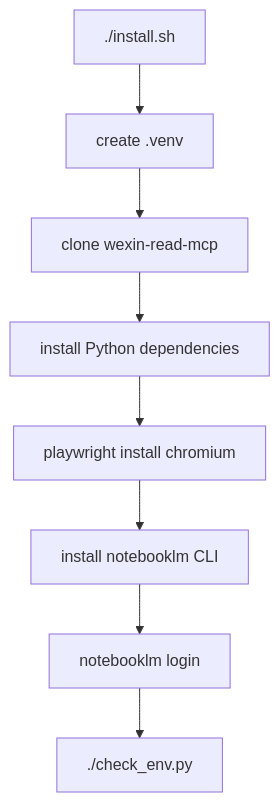
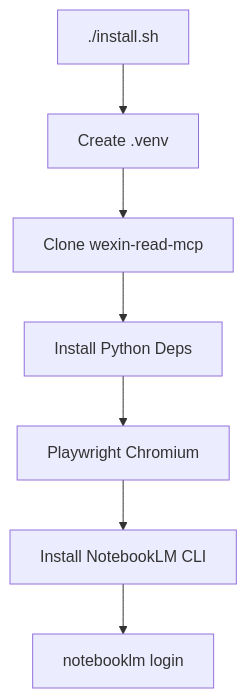
One commit to tbdavid2019/anything-to-notebooklm changed the second of 2 diagrams in README.md. Above: the diagram before and after it, drawn with Mermaid. The commit also changed other lines of this file and 1 other file, not shown here.

````diff
--- a/README.md
+++ b/README.md
@@ -212,10 +91,9 @@
 ```mermaid
 flowchart TD
-    A[./install.sh] --> B[create .venv]
-    B --> C[clone wexin-read-mcp]
-    C --> D[install Python dependencies]
-    D --> E[playwright install chromium]
-    E --> F[install notebooklm CLI]
+    A[./install.sh] --> B[Create .venv]
+    B --> C[Clone wexin-read-mcp]
+    C --> D[Install Python Deps]
+    D --> E[Playwright Chromium]
+    E --> F[Install NotebookLM CLI]
     F --> G[notebooklm login]
-    G --> H[./check_env.py]
 ```
````
